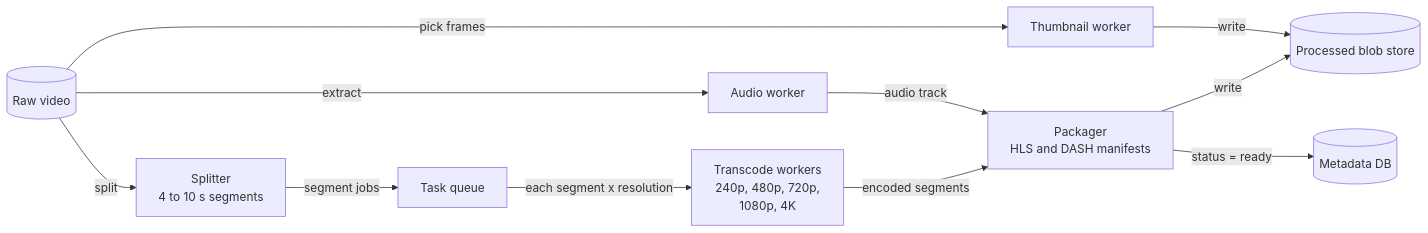
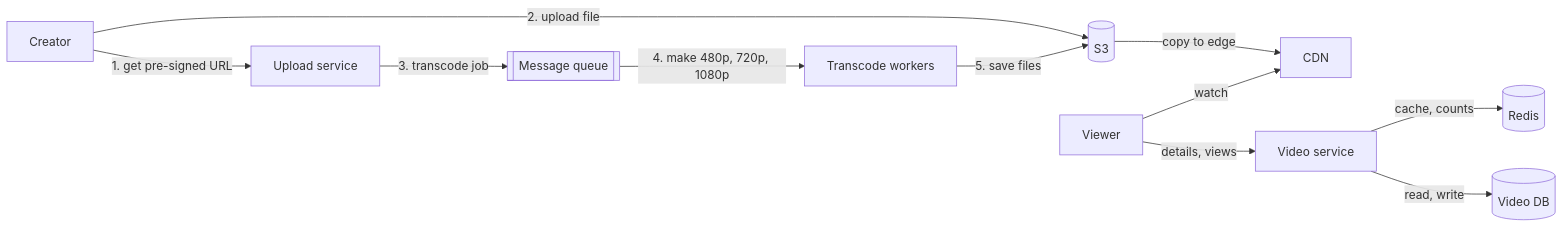
The second of 2 diagrams in hld/27-youtube.md (aaryan-pradhan/core-cs-fundamentals), drawn with Mermaid before and after one commit. The commit also changed other lines of this file, not shown here.

````diff
--- a/hld/27-youtube.md
+++ b/hld/27-youtube.md
@@ -128,13 +69,13 @@
 ```mermaid
 flowchart LR
-    RAW[("Raw video")] -->|"split"| SP["Splitter<br/>4 to 10 s segments"]
-    SP -->|"segment jobs"| Q["Task queue"]
-    Q -->|"each segment x resolution"| W["Transcode workers<br/>240p, 480p, 720p,<br/>1080p, 4K"]
-    RAW -->|"extract"| AU["Audio worker"]
-    RAW -->|"pick frames"| TH["Thumbnail worker"]
-    W -->|"encoded segments"| PK["Packager<br/>HLS and DASH manifests"]
-    AU -->|"audio track"| PK
-    PK -->|"write"| OUT[("Processed blob store")]
-    TH -->|"write"| OUT
-    PK -->|"status = ready"| MDB[("Metadata DB")]
+    C["Creator"] -->|"1. get pre-signed URL"| US["Upload service"]
+    C -->|"2. upload file"| S3[("S3")]
+    US -->|"3. transcode job"| Q[["Message queue"]]
+    Q -->|"4. make 480p, 720p, 1080p"| W["Transcode workers"]
+    W -->|"5. save files"| S3
+    S3 -->|"copy to edge"| CDN["CDN"]
+    V["Viewer"] -->|"watch"| CDN
+    V -->|"details, views"| VS["Video service"]
+    VS -->|"cache, counts"| R[("Redis")]
+    VS -->|"read, write"| DB[("Video DB")]
 ```
````
